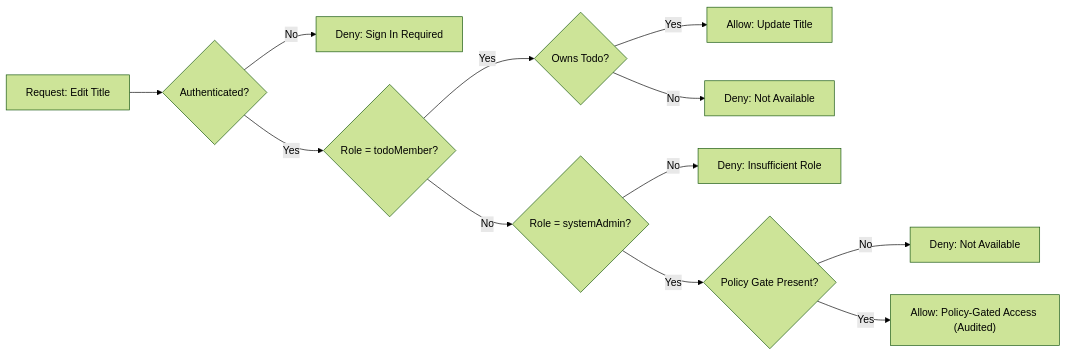
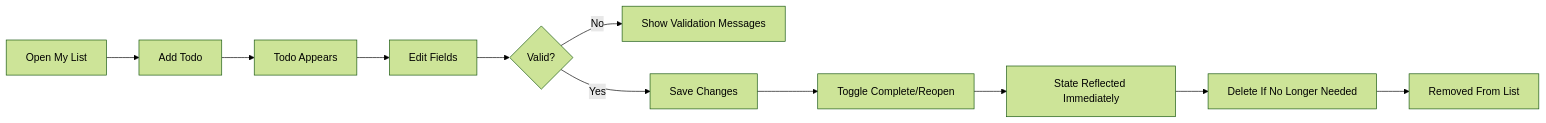
Before and after one commit to wrtnlabs/autobe-examples: the second of 3 diagrams in openai/gpt-5/todo/docs/analysis/00-toc.md, drawn with Mermaid (forest theme). The commit also changed other lines of this file and 16146 other files, not shown here.

````diff
--- a/openai/gpt-5/todo/docs/analysis/00-toc.md
+++ b/openai/gpt-5/todo/docs/analysis/00-toc.md
@@ -203,14 +174,13 @@
 ```mermaid
 graph LR
-  A["Request: Edit Title"] --> B{"Authenticated?"}
-  B -->|"No"| C["Deny: Sign In Required"]
-  B -->|"Yes"| D{"Role = todoMember?"}
-  D -->|"Yes"| E{"Owns Todo?"}
-  E -->|"Yes"| F["Allow: Update Title"]
-  E -->|"No"| G["Deny: Not Available"]
-  D -->|"No"| H{"Role = systemAdmin?"}
-  H -->|"No"| I["Deny: Insufficient Role"]
-  H -->|"Yes"| J{"Policy Gate Present?"}
-  J -->|"No"| K["Deny: Not Available"]
-  J -->|"Yes"| L["Allow: Policy-Gated Access (Audited)"]
+  A["Open My List"] --> B["Add Todo"]
+  B --> C["Todo Appears"]
+  C --> D["Edit Fields"]
+  D --> E{"Valid?"}
+  E -->|"No"| F["Show Validation Messages"]
+  E -->|"Yes"| G["Save Changes"]
+  G --> H["Toggle Complete/Reopen"]
+  H --> I["State Reflected Immediately"]
+  I --> J["Delete If No Longer Needed"]
+  J --> K["Removed From List"]
 ```
````
